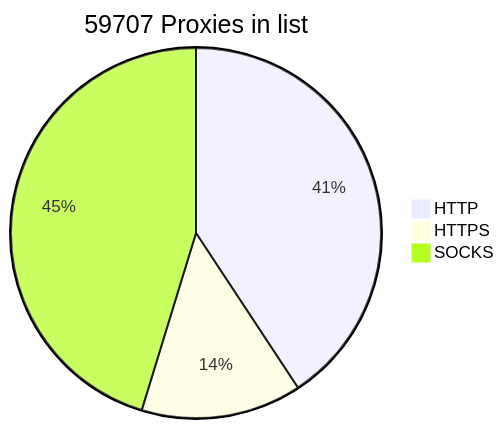
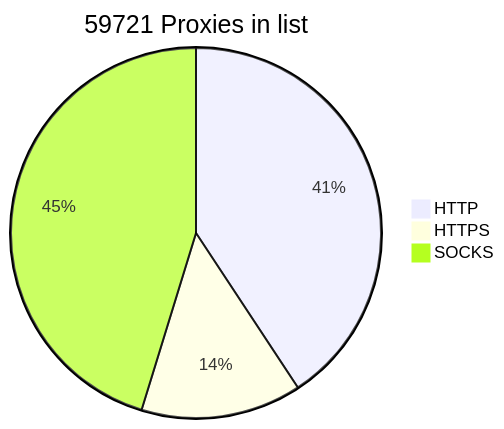
One commit to BlackSnowDot/proxylist-update-every-minute changed the diagram in README.md. Above: the diagram before and after it, drawn with Mermaid.

````diff
--- a/README.md
+++ b/README.md
@@ -2,6 +2,6 @@
 ```mermaid
-pie title 59707 Proxies in list
-    "HTTP" : 27445
-    "HTTPS": 9441
+pie title 59721 Proxies in list
+    "HTTP" : 27455
+    "HTTPS": 9456
     "SOCKS" : 30506
 ```
````
